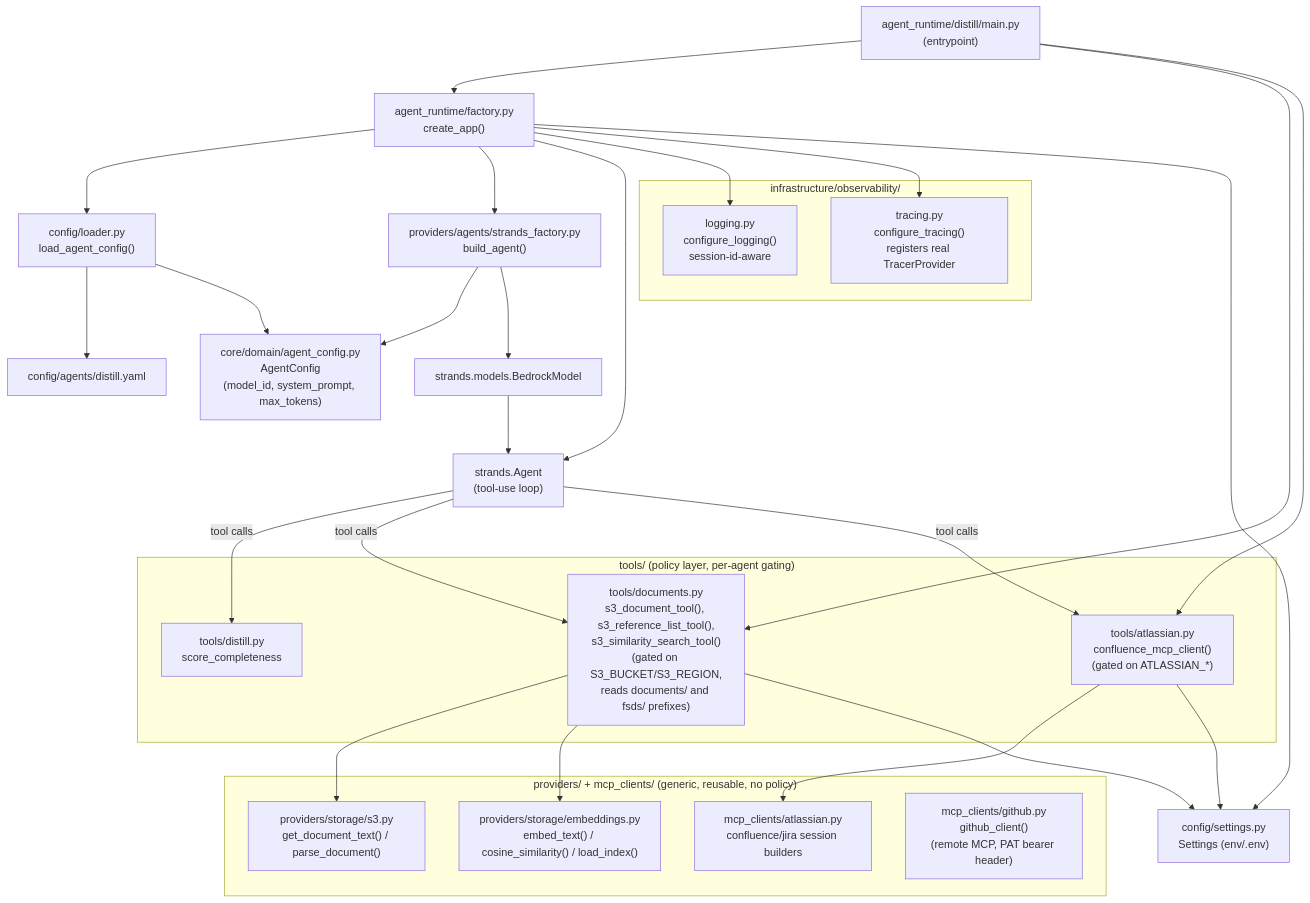
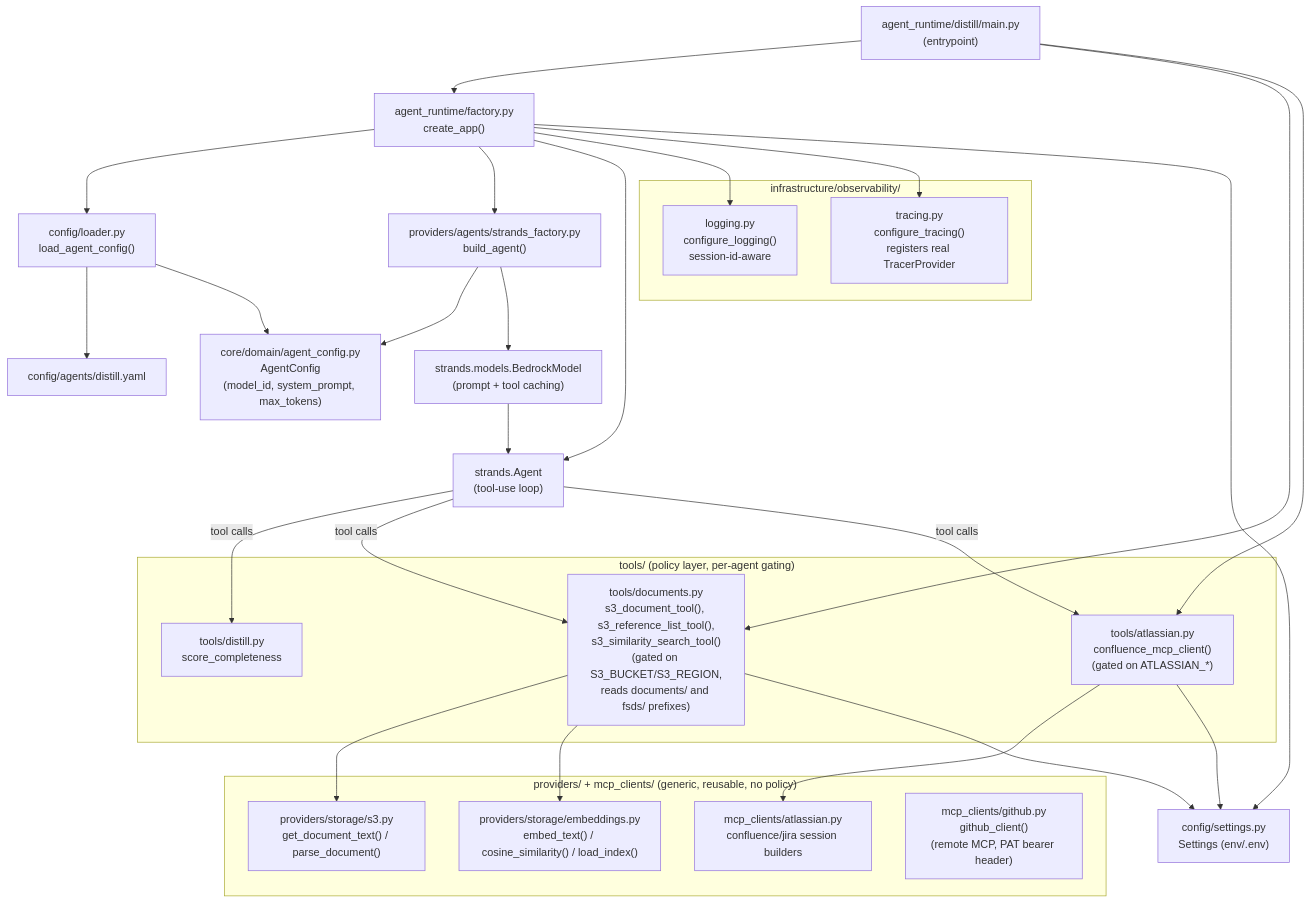
Before and after one commit to eitanflor/ua-hyperdelivery: the third of 3 diagrams in docs/architecture.md, drawn with Mermaid. The commit also changed other lines of this file and 75 other files, not shown here.

First line of the commit message:
flow changes(plan, question card and artifact ux improvements)and Close the loop (#14)

````diff
--- a/docs/architecture.md
+++ b/docs/architecture.md
@@ -136,53 +136,53 @@
 ```mermaid
 flowchart TD
     main["agent_runtime/distill/main.py\n(entrypoint)"]
     factory["agent_runtime/factory.py\ncreate_app()"]
     loader["config/loader.py\nload_agent_config()"]
     yaml["config/agents/distill.yaml"]
     agentconfig["core/domain/agent_config.py\nAgentConfig\n(model_id, system_prompt, max_tokens)"]
     strandsfactory["providers/agents/strands_factory.py\nbuild_agent()"]
-    bedrockmodel["strands.models.BedrockModel"]
+    bedrockmodel["strands.models.BedrockModel\n(prompt + tool caching)"]
     agent["strands.Agent\n(tool-use loop)"]
     settings["config/settings.py\nSettings (env/.env)"]
 
     subgraph tools["tools/ (policy layer, per-agent gating)"]
         scorecheck["tools/distill.py\nscore_completeness"]
         docs["tools/documents.py\ns3_document_tool(), s3_reference_list_tool(),\ns3_similarity_search_tool()\n(gated on S3_BUCKET/S3_REGION,\nreads documents/ and fsds/ prefixes)"]
         atl["tools/atlassian.py\nconfluence_mcp_client()\n(gated on ATLASSIAN_*)"]
     end
 
     subgraph providers["providers/ + mcp_clients/ (generic, reusable, no policy)"]
         s3provider["providers/storage/s3.py\nget_document_text() / parse_document()"]
         embeddingsprovider["providers/storage/embeddings.py\nembed_text() / cosine_similarity() / load_index()"]
         mcpclient["mcp_clients/atlassian.py\nconfluence/jira session builders"]
         githubclient["mcp_clients/github.py\ngithub_client()\n(remote MCP, PAT bearer header)"]
     end
 
     subgraph obs["infrastructure/observability/"]
         logging["logging.py\nconfigure_logging()\nsession-id-aware"]
         tracing["tracing.py\nconfigure_tracing()\nregisters real TracerProvider"]
     end
 
     main --> factory
     factory --> loader --> yaml
     loader --> agentconfig
     factory --> strandsfactory
     strandsfactory --> agentconfig
     strandsfactory --> bedrockmodel --> agent
     factory --> agent
     factory --> logging
     factory --> tracing
 
     main --> docs
     main --> atl
     docs --> s3provider
     docs --> embeddingsprovider
     atl --> mcpclient
     docs --> settings
     atl --> settings
     factory --> settings
 
     agent -->|"tool calls"| scorecheck
     agent -->|"tool calls"| docs
     agent -->|"tool calls"| atl
 ```
````
